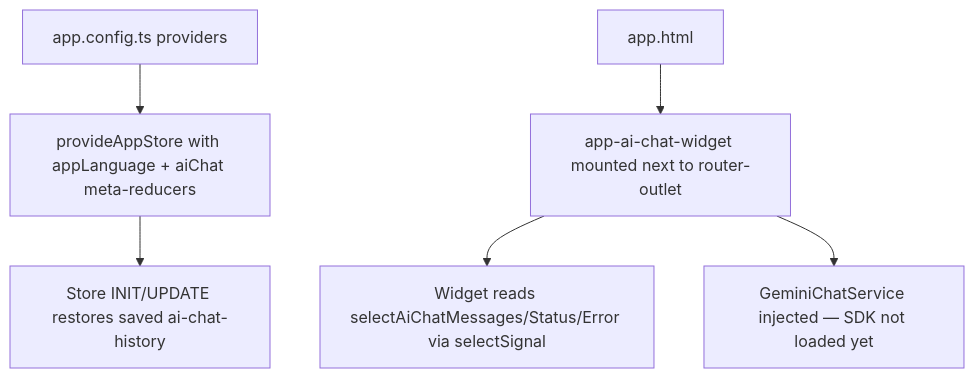
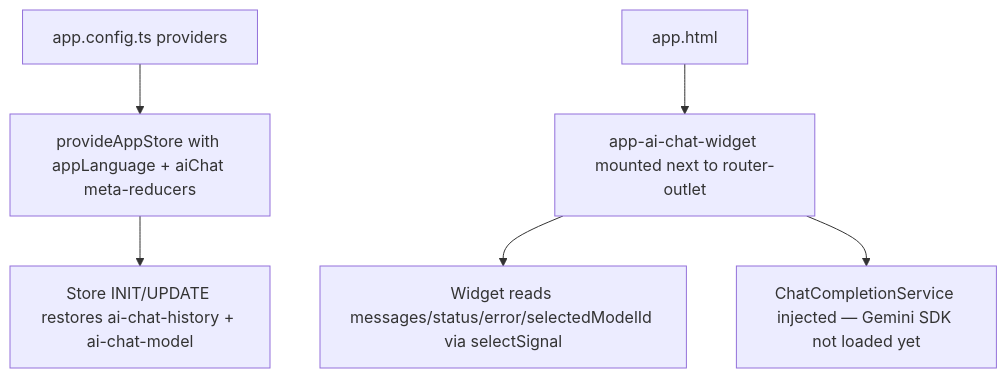
One commit to Hasanul-Banna/Angular-app changed the second of 2 diagrams in src/app/specs/ai-chat-widget.md. Above: the diagram before and after it, drawn with Mermaid. The commit also changed other lines of this file and 24 other files, not shown here.

First line of the commit message:
feat: add OpenAI integration and error handling to chat services

````diff
--- a/src/app/specs/ai-chat-widget.md
+++ b/src/app/specs/ai-chat-widget.md
@@ -303,8 +342,8 @@
 ```mermaid
 flowchart TD
 	A[app.config.ts providers] --> B[provideAppStore with appLanguage + aiChat meta-reducers]
 	C[app.html] --> D["app-ai-chat-widget mounted next to router-outlet"]
-	B --> E[Store INIT/UPDATE restores saved ai-chat-history]
-	D --> F[Widget reads selectAiChatMessages/Status/Error via selectSignal]
-	D --> G["GeminiChatService injected — SDK not loaded yet"]
+	B --> E[Store INIT/UPDATE restores ai-chat-history + ai-chat-model]
+	D --> F[Widget reads messages/status/error/selectedModelId via selectSignal]
+	D --> G["ChatCompletionService injected — Gemini SDK not loaded yet"]
 ```
````
